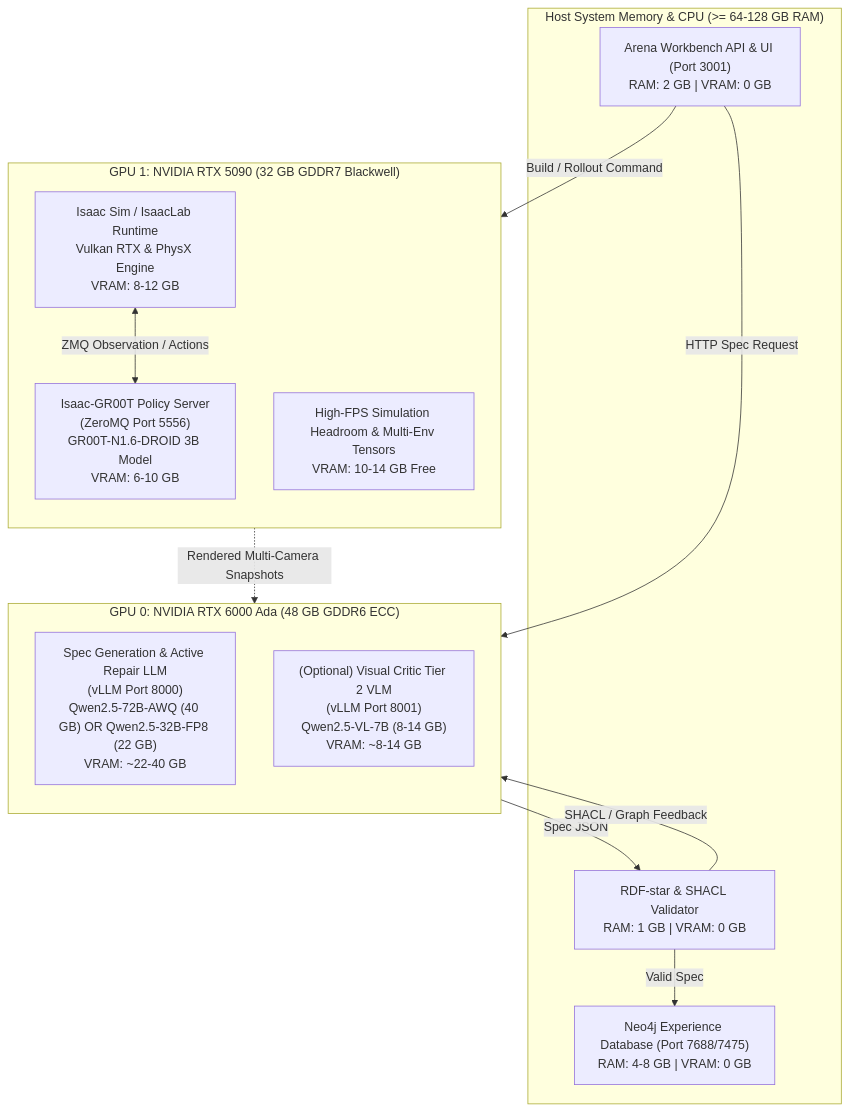
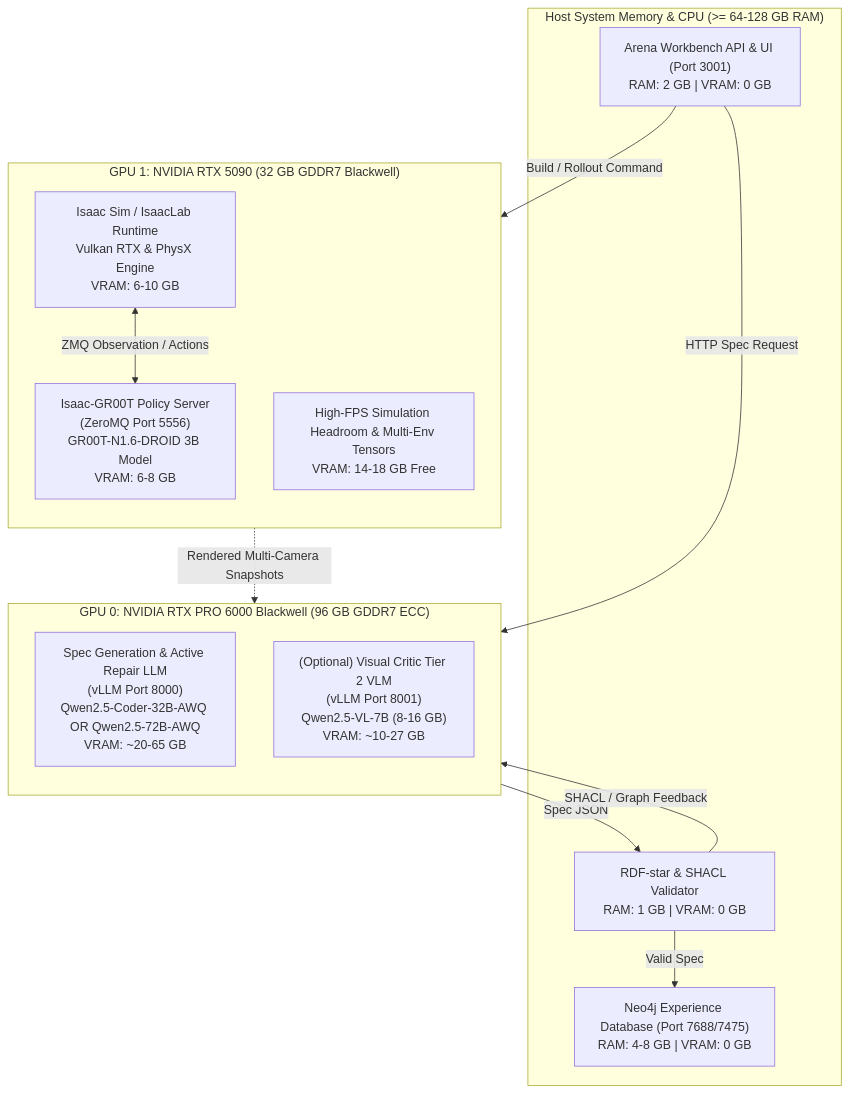
One commit to boredengineering/IsaacLab-Arena changed the diagram in .agents/references/plans/local-inference/local_llm_vlm_agentic_env_gen_plan.md. Above: the diagram before and after it, drawn with Mermaid. The commit also changed other lines of this file and 2 other files, not shown here.

````diff
--- a/.agents/references/plans/local-inference/local_llm_vlm_agentic_env_gen_plan.md
+++ b/.agents/references/plans/local-inference/local_llm_vlm_agentic_env_gen_plan.md
@@ -45,29 +45,29 @@
 ```mermaid
 flowchart TD
     subgraph HostRAM["Host System Memory & CPU (>= 64-128 GB RAM)"]
         Neo4j["Neo4j Experience Database (Port 7688/7475)<br/>RAM: 4-8 GB | VRAM: 0 GB"]
         Workbench["Arena Workbench API & UI (Port 3001)<br/>RAM: 2 GB | VRAM: 0 GB"]
         RDFEngine["RDF-star & SHACL Validator<br/>RAM: 1 GB | VRAM: 0 GB"]
     end
 
-    subgraph GPU0["GPU 0: NVIDIA RTX 6000 Ada (48 GB GDDR6 ECC)"]
+    subgraph GPU0["GPU 0: NVIDIA RTX PRO 6000 Blackwell (96 GB GDDR7 ECC)"]
         direction TB
-        LLM["Spec Generation & Active Repair LLM<br/>(vLLM Port 8000)<br/>Qwen2.5-72B-AWQ (40 GB) OR Qwen2.5-32B-FP8 (22 GB)<br/>VRAM: ~22-40 GB"]
-        VLM["(Optional) Visual Critic Tier 2 VLM<br/>(vLLM Port 8001)<br/>Qwen2.5-VL-7B (8-14 GB)<br/>VRAM: ~8-14 GB"]
+        LLM["Spec Generation & Active Repair LLM<br/>(vLLM Port 8000)<br/>Qwen2.5-Coder-32B-AWQ OR Qwen2.5-72B-AWQ<br/>VRAM: ~20-65 GB"]
+        VLM["(Optional) Visual Critic Tier 2 VLM<br/>(vLLM Port 8001)<br/>Qwen2.5-VL-7B (8-16 GB)<br/>VRAM: ~10-27 GB"]
     end
 
     subgraph GPU1["GPU 1: NVIDIA RTX 5090 (32 GB GDDR7 Blackwell)"]
         direction TB
-        Sim["Isaac Sim / IsaacLab Runtime<br/>Vulkan RTX & PhysX Engine<br/>VRAM: 8-12 GB"]
-        GR00T["Isaac-GR00T Policy Server<br/>(ZeroMQ Port 5556)<br/>GR00T-N1.6-DROID 3B Model<br/>VRAM: 6-10 GB"]
-        Headroom["High-FPS Simulation Headroom & Multi-Env Tensors<br/>VRAM: 10-14 GB Free"]
+        Sim["Isaac Sim / IsaacLab Runtime<br/>Vulkan RTX & PhysX Engine<br/>VRAM: 6-10 GB"]
+        GR00T["Isaac-GR00T Policy Server<br/>(ZeroMQ Port 5556)<br/>GR00T-N1.6-DROID 3B Model<br/>VRAM: 6-8 GB"]
+        Headroom["High-FPS Simulation Headroom & Multi-Env Tensors<br/>VRAM: 14-18 GB Free"]
     end
 
     Workbench -->|"HTTP Spec Request"| LLM
     LLM -->|"Spec JSON"| RDFEngine
     RDFEngine -->|"SHACL / Graph Feedback"| LLM
     RDFEngine -->|"Valid Spec"| Neo4j
     Workbench -->|"Build / Rollout Command"| Sim
     Sim <-->|"ZMQ Observation / Actions"| GR00T
     Sim -.->|"Rendered Multi-Camera Snapshots"| VLM
 ```
````
